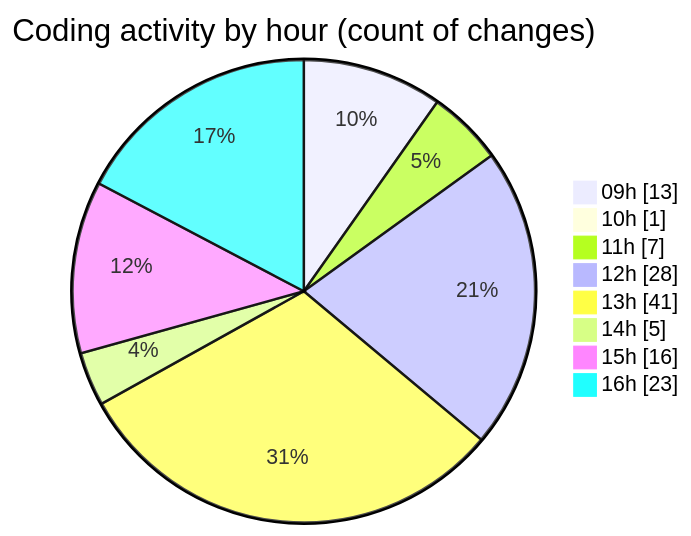
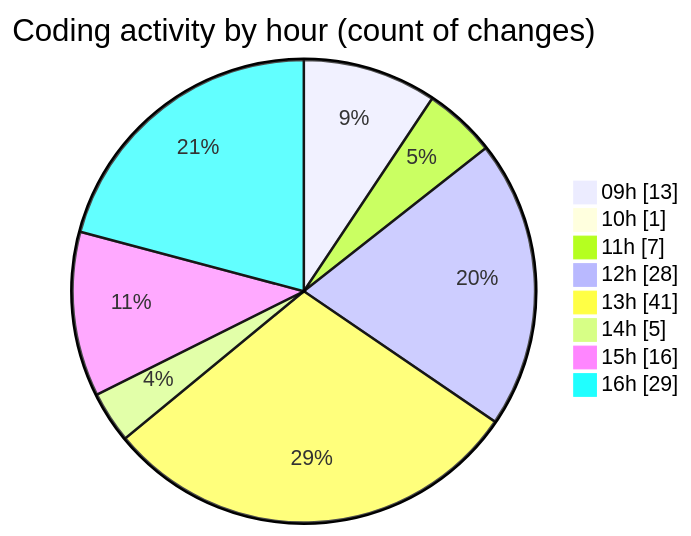
One commit to momahboobian/code-tracking changed the second of 2 diagrams in 2025-05-12/cda/README.md. Above: the diagram before and after it, drawn with Mermaid. The commit also changed other lines of this file and 1 other file, not shown here.

````diff
--- a/2025-05-12/cda/README.md
+++ b/2025-05-12/cda/README.md
@@ -46,12 +46,12 @@
 ```mermaid
 pie showData
 title Coding activity by hour (count of changes)
 "09h" : 13
 "10h" : 1
 "11h" : 7
 "12h" : 28
 "13h" : 41
 "14h" : 5
 "15h" : 16
-"16h" : 23
+"16h" : 29
 ```
````
